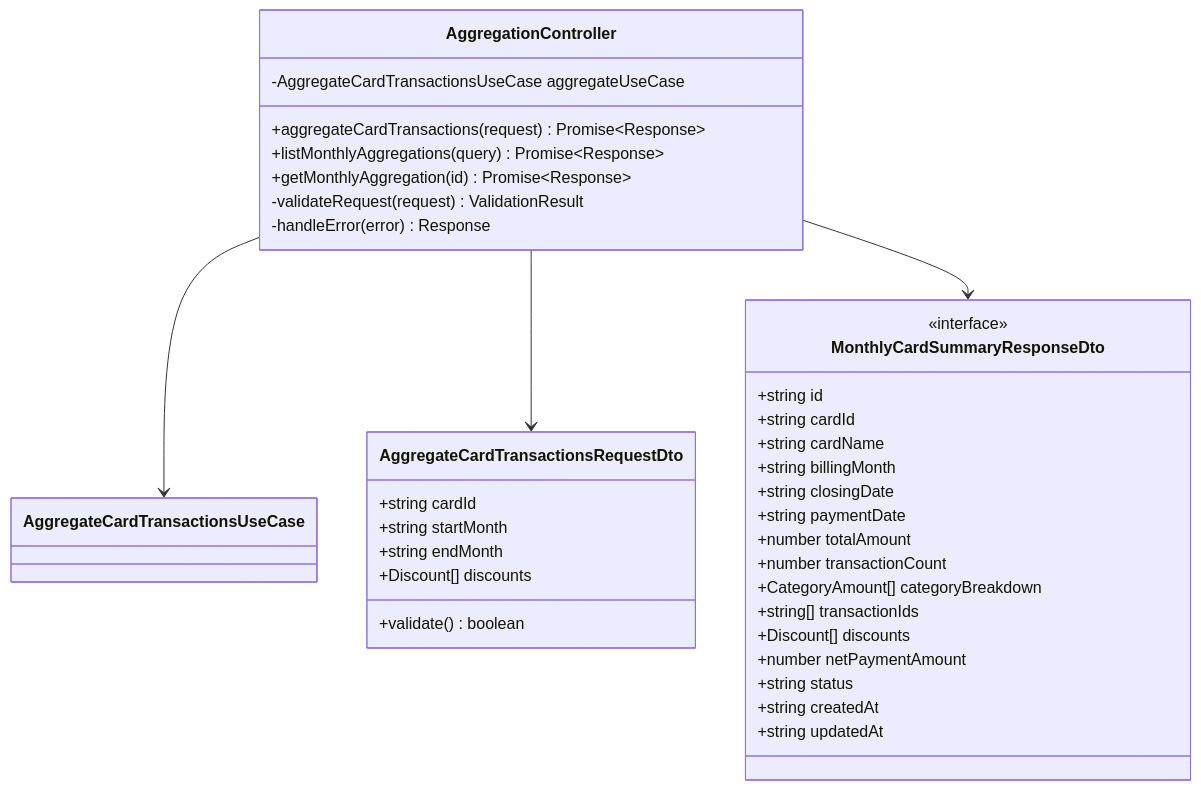
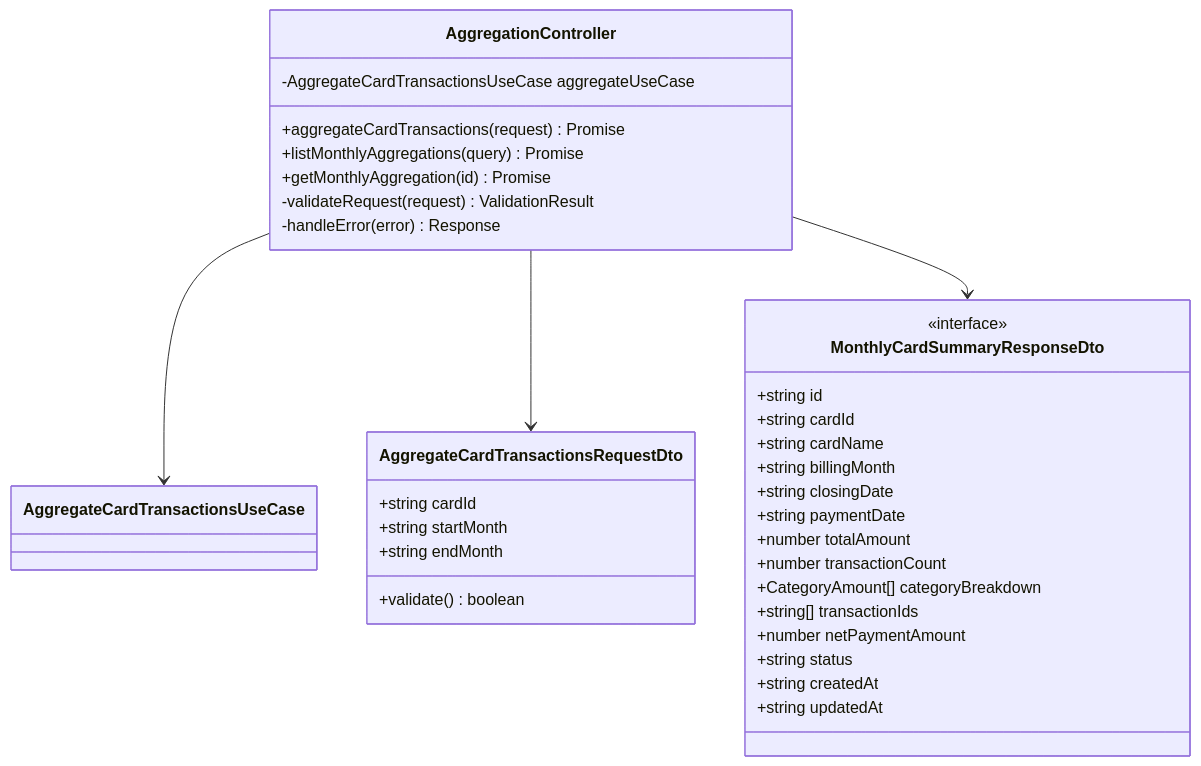
One commit to kencom2400/account-book changed the fourth of 6 diagrams in docs/detailed-design/FR-012_credit-card-monthly-aggregation/class-diagrams.md. Above: the diagram before and after it, drawn with Mermaid. The commit also changed other lines of this file and 2 other files, not shown here.

````diff
--- a/docs/detailed-design/FR-012_credit-card-monthly-aggregation/class-diagrams.md
+++ b/docs/detailed-design/FR-012_credit-card-monthly-aggregation/class-diagrams.md
@@ -274,42 +249,40 @@
 ```mermaid
 classDiagram
     class AggregationController {
         -AggregateCardTransactionsUseCase aggregateUseCase
-        +aggregateCardTransactions(request) Promise~Response~
-        +listMonthlyAggregations(query) Promise~Response~
-        +getMonthlyAggregation(id) Promise~Response~
+        +aggregateCardTransactions(request) Promise<Response>
+        +listMonthlyAggregations(query) Promise<Response>
+        +getMonthlyAggregation(id) Promise<Response>
         -validateRequest(request) ValidationResult
         -handleError(error) Response
     }
 
     class AggregateCardTransactionsRequestDto {
         +string cardId
         +string startMonth
         +string endMonth
-        +Discount[] discounts
         +validate() boolean
     }
 
     class MonthlyCardSummaryResponseDto {
         <<interface>>
         +string id
         +string cardId
         +string cardName
         +string billingMonth
         +string closingDate
         +string paymentDate
         +number totalAmount
         +number transactionCount
         +CategoryAmount[] categoryBreakdown
         +string[] transactionIds
-        +Discount[] discounts
         +number netPaymentAmount
         +string status
         +string createdAt
         +string updatedAt
     }
 
     AggregationController --> AggregateCardTransactionsUseCase
     AggregationController --> AggregateCardTransactionsRequestDto
     AggregationController --> MonthlyCardSummaryResponseDto
 ```
````
